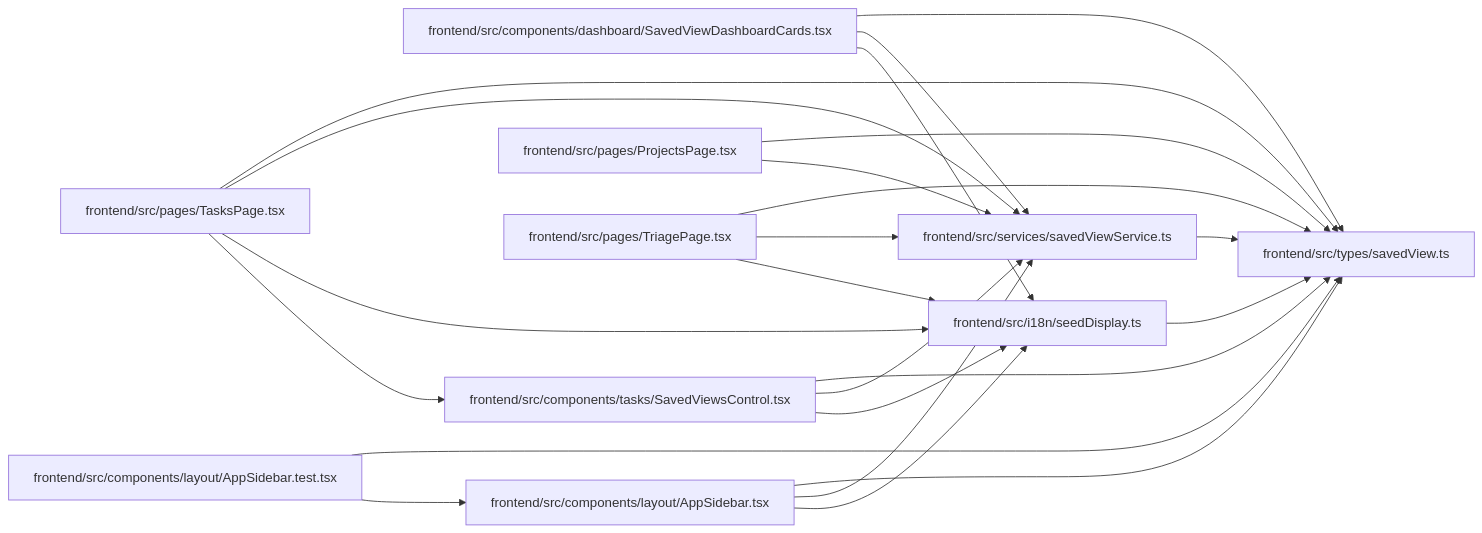
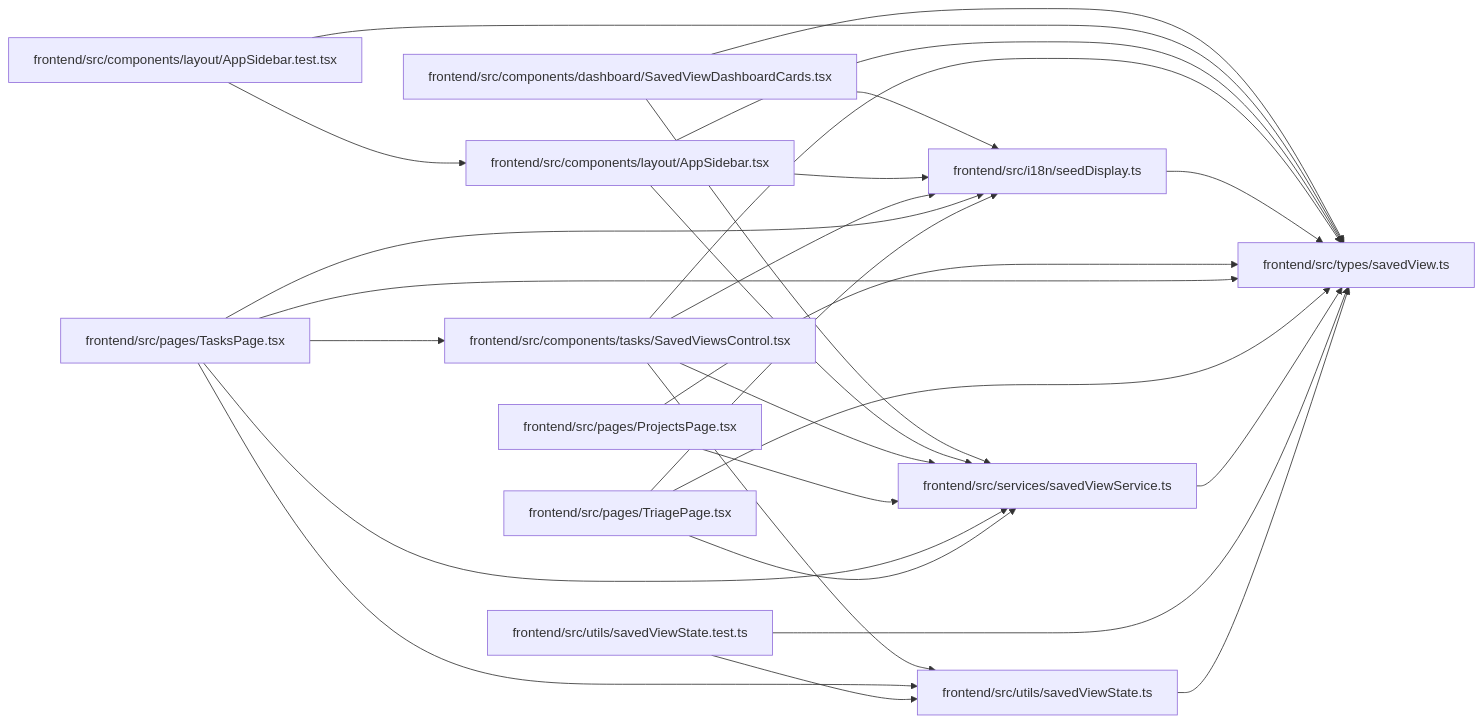
One commit to Denissvgn/WorkChord changed the diagram in docs/llm_wiki/modules/savedView.md. Above: the diagram before and after it, drawn with Mermaid. The commit also changed other lines of this file and 1888 other files, not shown here.

````diff
--- a/docs/llm_wiki/modules/savedView.md
+++ b/docs/llm_wiki/modules/savedView.md
@@ -18,45 +18,54 @@
 ```mermaid
 flowchart LR
     n0["frontend/src/components/dashboard/SavedViewDashboardCards.tsx"]
     n1["frontend/src/components/layout/AppSidebar.test.tsx"]
     n2["frontend/src/components/layout/AppSidebar.tsx"]
     n3["frontend/src/components/tasks/SavedViewsControl.tsx"]
     n4["frontend/src/i18n/seedDisplay.ts"]
     n5["frontend/src/pages/ProjectsPage.tsx"]
     n6["frontend/src/pages/TasksPage.tsx"]
     n7["frontend/src/pages/TriagePage.tsx"]
     n8["frontend/src/services/savedViewService.ts"]
     n9["frontend/src/types/savedView.ts"]
+    n10["frontend/src/utils/savedViewState.test.ts"]
+    n11["frontend/src/utils/savedViewState.ts"]
     n0 --> n4
     n0 --> n8
     n0 --> n9
     n1 --> n2
     n1 --> n9
     n2 --> n4
     n2 --> n8
     n2 --> n9
     n3 --> n4
     n3 --> n8
     n3 --> n9
+    n3 --> n11
     n4 --> n9
     n5 --> n8
     n5 --> n9
     n6 --> n3
     n6 --> n4
     n6 --> n8
     n6 --> n9
+    n6 --> n11
     n7 --> n4
     n7 --> n8
     n7 --> n9
     n8 --> n9
+    n10 --> n9
+    n10 --> n11
+    n11 --> n9
     click n0 "../modules/SavedViewDashboardCards.md"
     click n1 "../modules/AppSidebar.test.md"
     click n2 "../modules/AppSidebar.md"
     click n3 "../modules/SavedViewsControl.md"
     click n4 "../modules/seedDisplay.md"
     click n5 "../modules/ProjectsPage.md"
     click n6 "../modules/TasksPage.md"
     click n7 "../modules/TriagePage.md"
     click n8 "../modules/savedViewService.md"
     click n9 "../modules/savedView.md"
+    click n10 "../modules/savedViewState.test.md"
+    click n11 "../modules/savedViewState.md"
 ```
````
